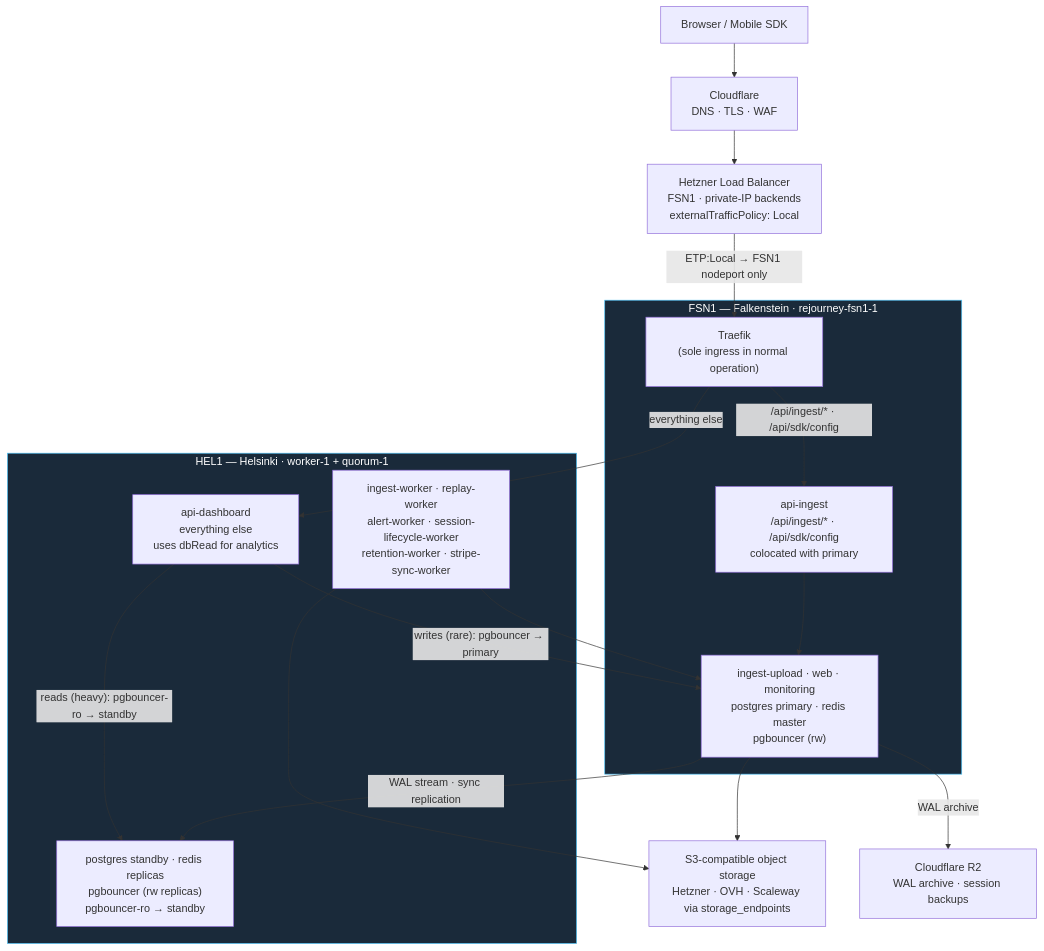
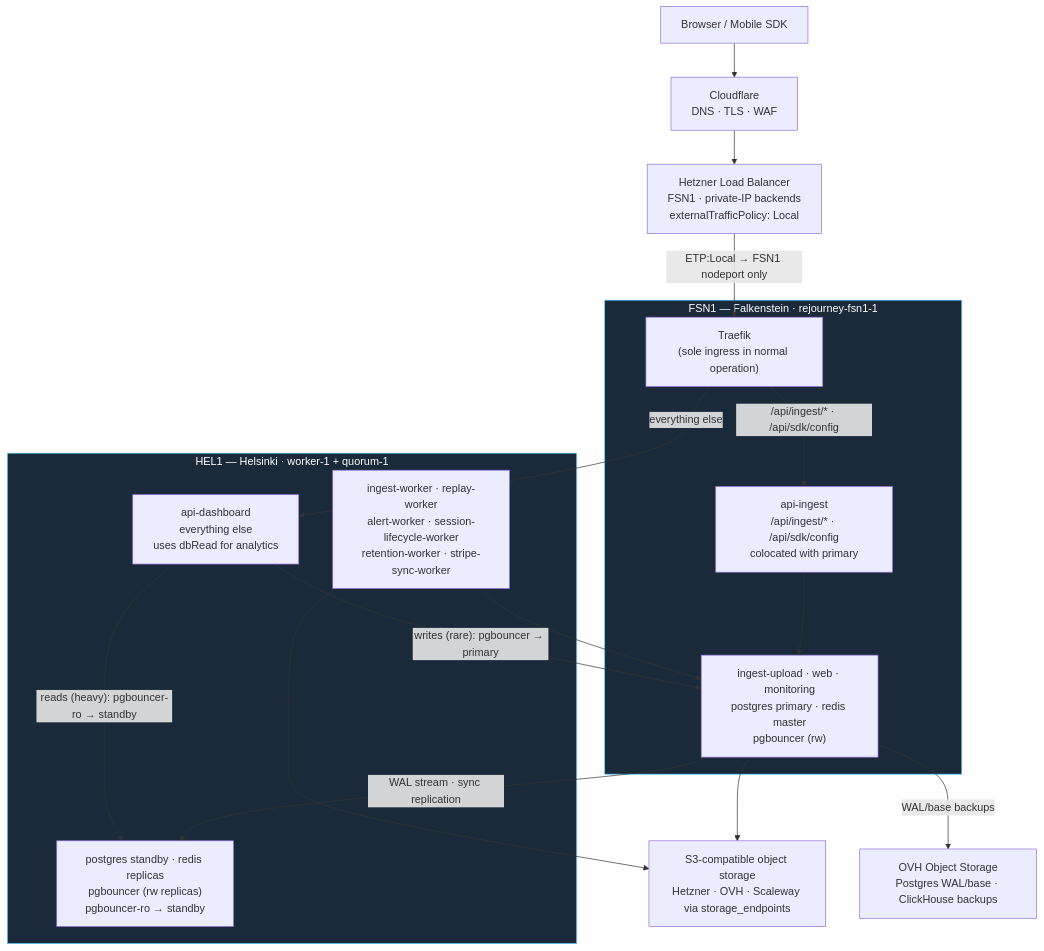
One commit to sawariz0r/rejourney changed the first of 3 diagrams in dev_docs/allthingscloud.md. Above: the diagram before and after it, drawn with Mermaid. The commit also changed other lines of this file and 34 other files, not shown here.

````diff
--- a/dev_docs/allthingscloud.md
+++ b/dev_docs/allthingscloud.md
@@ -29,38 +29,38 @@
 ```mermaid
 graph TD
     USER[Browser / Mobile SDK]
     CF["Cloudflare\nDNS · TLS · WAF"]
     LB["Hetzner Load Balancer\nFSN1 · private-IP backends\nexternalTrafficPolicy: Local"]
 
     subgraph FSN1["FSN1 — Falkenstein · rejourney-fsn1-1"]
         TR["Traefik\n(sole ingress in normal operation)"]
         APIING["api-ingest\n/api/ingest/* · /api/sdk/config\ncolocated with primary"]
         FSN1_SVC["ingest-upload · web · monitoring\npostgres primary · redis master\npgbouncer (rw)"]
     end
 
     subgraph HEL1["HEL1 — Helsinki · worker-1 + quorum-1"]
         APIDASH["api-dashboard\neverything else\nuses dbRead for analytics"]
         WORKERS["ingest-worker · replay-worker\nalert-worker · session-lifecycle-worker\nretention-worker · stripe-sync-worker"]
         STANDBY["postgres standby · redis replicas\npgbouncer (rw replicas)\npgbouncer-ro → standby"]
     end
 
     S3["S3-compatible object storage\nHetzner · OVH · Scaleway via storage_endpoints"]
-    R2["Cloudflare R2\nWAL archive · session backups"]
+    Backups["OVH Object Storage\nPostgres WAL/base · ClickHouse backups"]
 
     USER --> CF
     CF --> LB
     LB -->|"ETP:Local → FSN1 nodeport only"| TR
     TR -->|"/api/ingest/* · /api/sdk/config"| APIING
     TR -->|"everything else"| APIDASH
     APIING --> FSN1_SVC
     APIDASH -->|"writes (rare): pgbouncer → primary"| FSN1_SVC
     APIDASH -->|"reads (heavy): pgbouncer-ro → standby"| STANDBY
     FSN1_SVC -->|"WAL stream · sync replication"| STANDBY
     FSN1_SVC --> S3
-    FSN1_SVC -->|"WAL archive"| R2
+    FSN1_SVC -->|"WAL/base backups"| Backups
     WORKERS --> FSN1_SVC
     WORKERS --> S3
 
     classDef dc fill:#1a2a3a,stroke:#4fc3f7,color:#fff
     class FSN1,HEL1 dc
 ```
````
